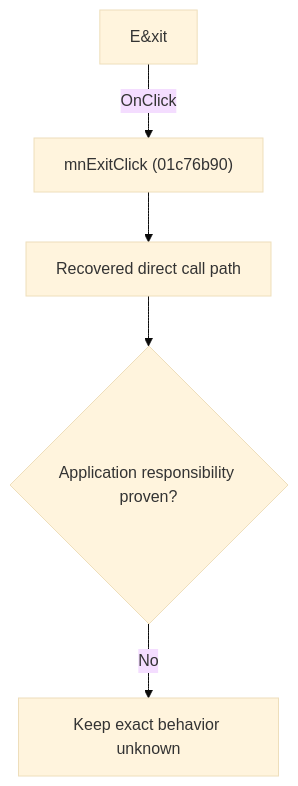
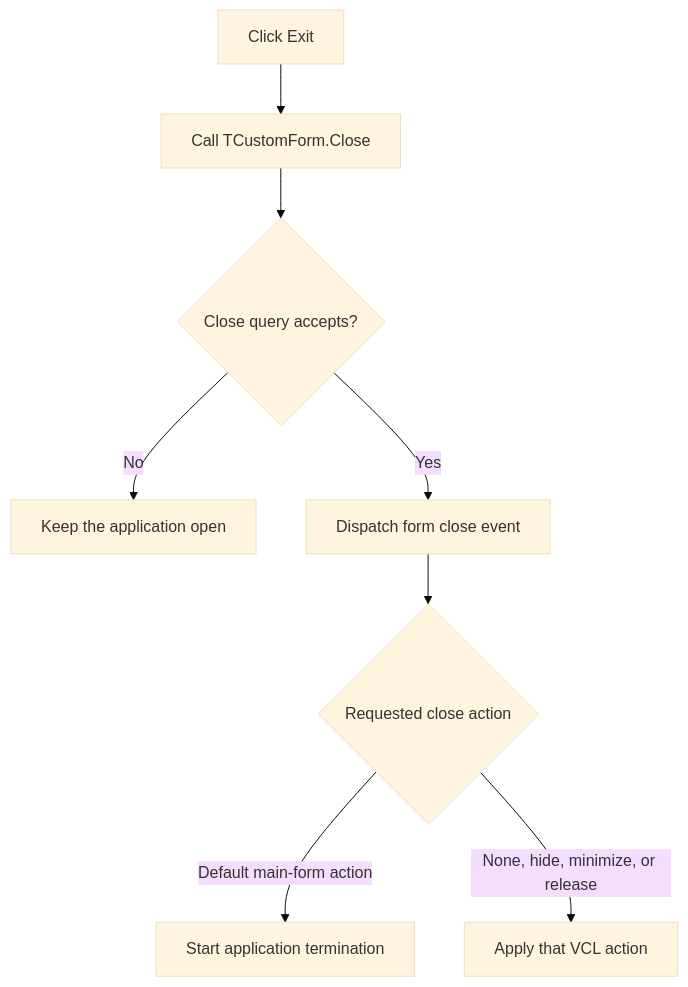
Before and after one commit to MovGP0/TIARA: the diagram in docs/ui-controls/schematiceditor/mnexit-dbe1a3a98a.md, drawn with Mermaid (base theme). The commit also changed other lines of this file and 241 other files, not shown here.

````diff
--- a/docs/ui-controls/schematiceditor/mnexit-dbe1a3a98a.md
+++ b/docs/ui-controls/schematiceditor/mnexit-dbe1a3a98a.md
@@ -27,7 +29,10 @@
 ```mermaid
 flowchart TD
-    control["E&xit"] -->|"OnClick"| handler["mnExitClick (01c76b90)"]
-    handler --> recovered["Recovered direct call path"]
-    recovered --> gap{"Application responsibility proven?"}
-    gap -->|"No"| blocked["Keep exact behavior unknown"]
+    control["Click Exit"] --> close["Call TCustomForm.Close"]
+    close --> query{"Close query accepts?"}
+    query -->|"No"| remain["Keep the application open"]
+    query -->|"Yes"| event["Dispatch form close event"]
+    event --> action{"Requested close action"}
+    action -->|"Default main-form action"| terminate["Start application termination"]
+    action -->|"None, hide, minimize, or release"| apply["Apply that VCL action"]
 ```
````
